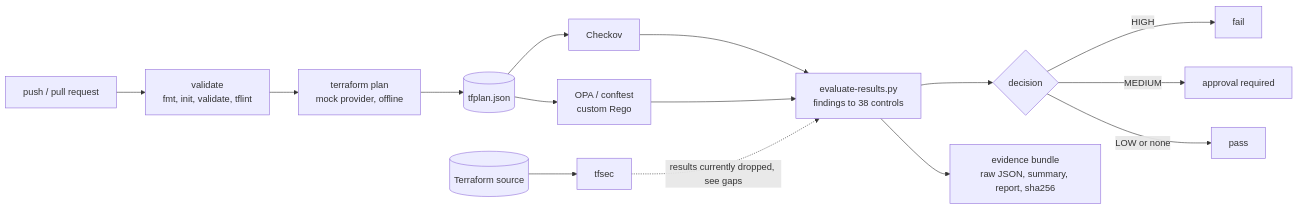
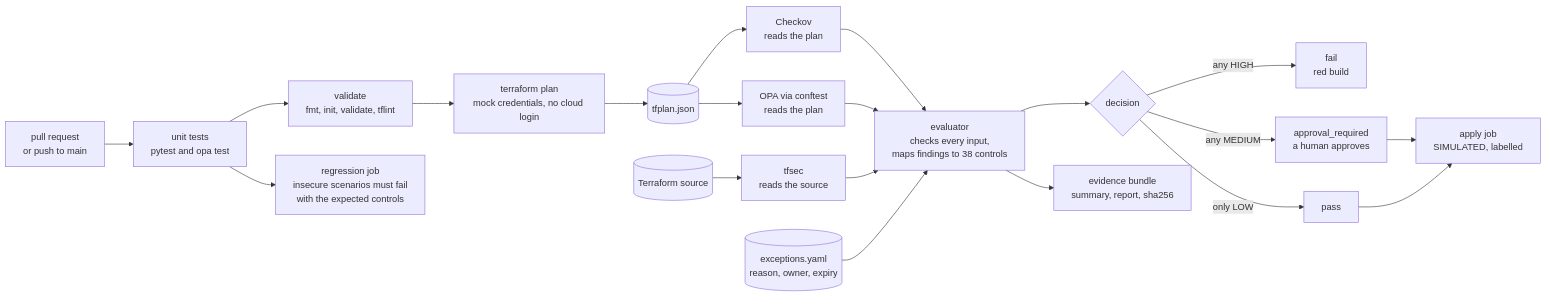
One commit to Ayush-cloud06/Ayka-Secure-Technologies-GmbH changed the first of 2 diagrams in README.md. Above: the diagram before and after it, drawn with Mermaid. The commit also changed other lines of this file, not shown here.

````diff
--- a/README.md
+++ b/README.md
@@ -15,17 +13,22 @@
 ```mermaid
 flowchart LR
-    PR["push / pull request"] --> V["validate<br/>fmt, init, validate, tflint"]
-    V --> P["terraform plan<br/>mock provider, offline"]
+    PR["pull request<br/>or push to main"] --> UT["unit tests<br/>pytest and opa test"]
+    UT --> V["validate<br/>fmt, init, validate, tflint"]
+    UT --> RG["regression job<br/>insecure scenarios must fail<br/>with the expected controls"]
+    V --> P["terraform plan<br/>mock credentials, no cloud login"]
     P --> J[("tfplan.json")]
-    J --> CK["Checkov"]
-    J --> OP["OPA / conftest<br/>custom Rego"]
-    SRC[("Terraform source")] --> TS["tfsec"]
-    CK --> E["evaluate-results.py<br/>findings to 38 controls"]
+    J --> CK["Checkov<br/>reads the plan"]
+    J --> OP["OPA via conftest<br/>reads the plan"]
+    SRC[("Terraform source")] --> TS["tfsec<br/>reads the source"]
+    CK --> E["evaluator<br/>checks every input,<br/>maps findings to 38 controls"]
     OP --> E
-    TS -. "results currently dropped, see gaps" .-> E
+    TS --> E
+    X[("exceptions.yaml<br/>reason, owner, expiry")] --> E
     E --> D{"decision"}
-    D -->|HIGH| F["fail"]
-    D -->|MEDIUM| A["approval required"]
-    D -->|LOW or none| OK["pass"]
-    E --> EV["evidence bundle<br/>raw JSON, summary, report, sha256"]
+    D -->|"any HIGH"| F["fail<br/>red build"]
+    D -->|"any MEDIUM"| A["approval_required<br/>a human approves"]
+    D -->|"only LOW"| OK["pass"]
+    A --> AP["apply job<br/>SIMULATED, labelled"]
+    OK --> AP
+    E --> EV["evidence bundle<br/>summary, report, sha256"]
 ```
````
